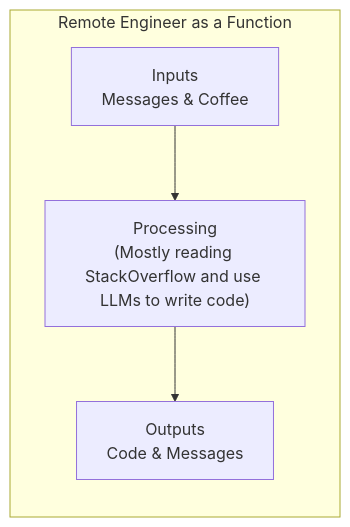
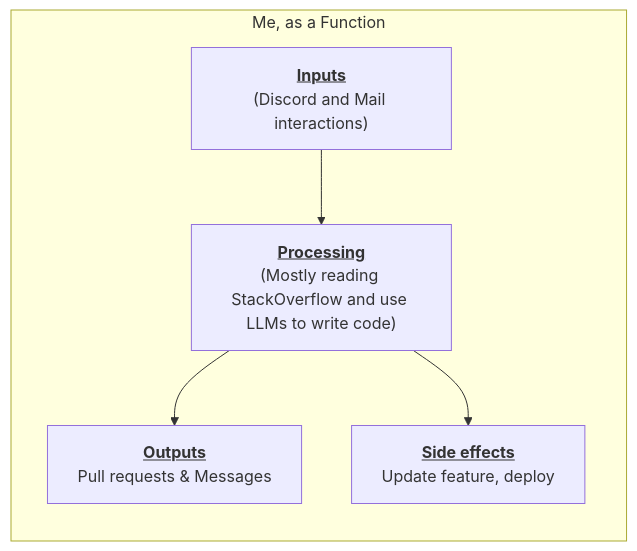
The third of 7 diagrams in README.md (BrutLogic/Post), drawn with Mermaid before and after one commit. The commit also changed other lines of this file, not shown here.

````diff
--- a/README.md
+++ b/README.md
@@ -197,7 +254,8 @@
 ```mermaid
 graph LR
-    subgraph "Remote Engineer as a Function"
-    A[Inputs<br/>Messages & Coffee] --> B["Processing<br/>(Mostly reading StackOverflow and use LLMs to write code)"]
-    B --> C[Outputs<br/>Code & Messages]
+    subgraph "Me, as a Function"
+    A["<b><u>Inputs</u></b><br/>(Discord and Mail interactions)"] --> B["<b><u>Processing</u></b><br/>(Mostly reading StackOverflow and use LLMs to write code)"]
+    B --> C[<b><u>Outputs</u></b><br/>Pull requests & Messages]
+    B --> D[<b><u>Side effects</u></b><br/>Update feature, deploy]
     end
 ```
````
